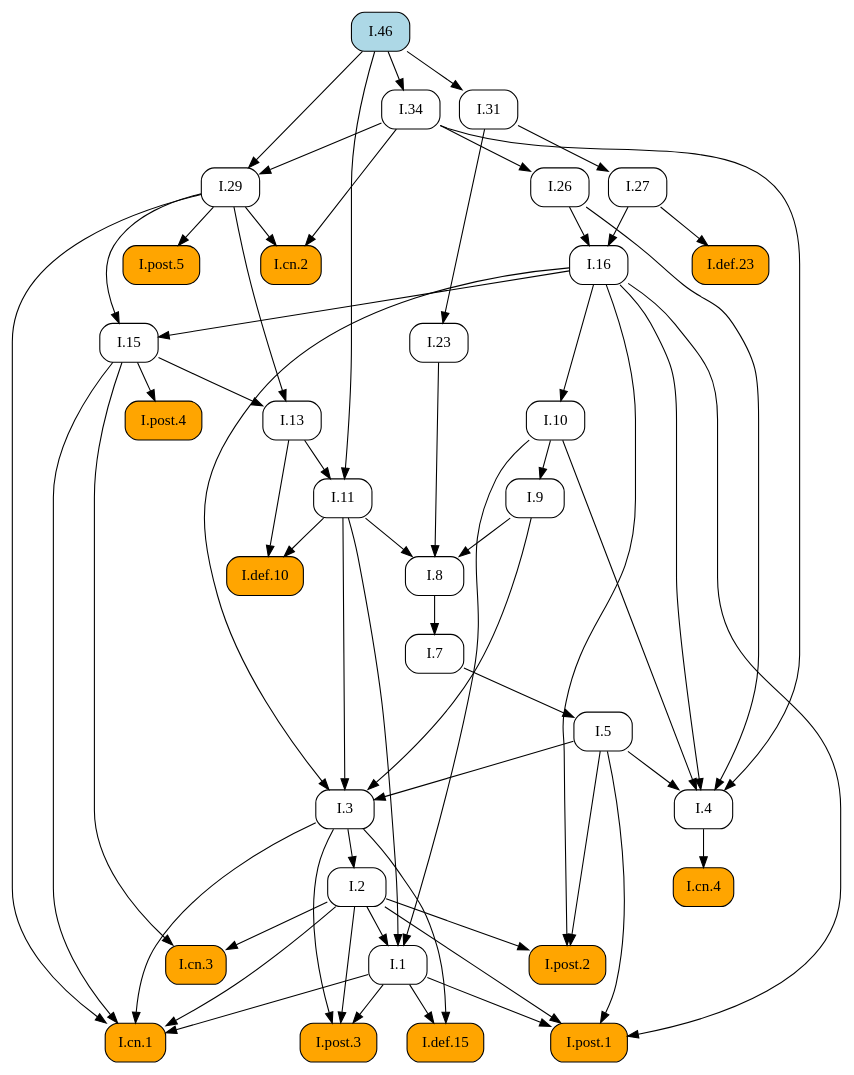
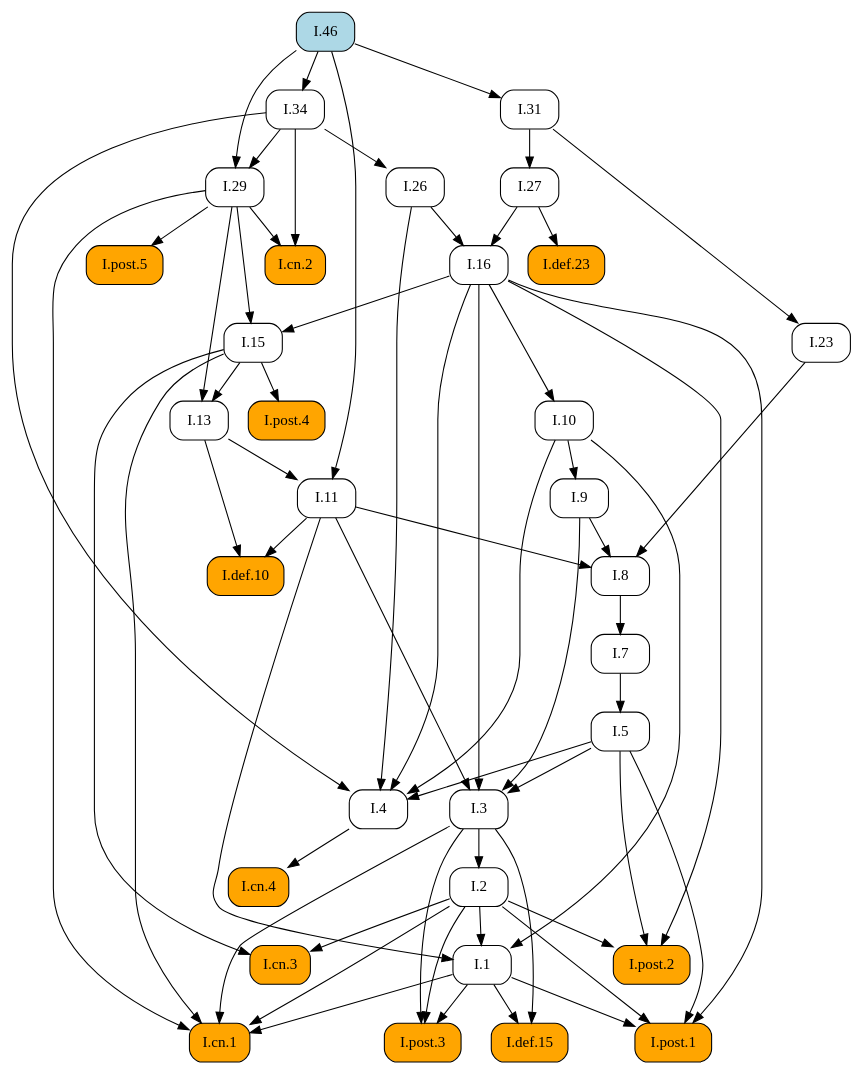
The diagram in docsrc/heath/I/46/index.rst (geometor/elements), drawn with Graphviz before and after one commit. The commit also changed other lines of this file and 1029 other files, not shown here.

```diff
--- a/docsrc/heath/I/46/index.rst
+++ b/docsrc/heath/I/46/index.rst
@@ -65,98 +65,98 @@
    digraph {
      rankdir="TB";
      node [shape=box, style=rounded];
+     "I.def.10" [style="rounded,filled", fillcolor=orange, URL="/heath/I/def.10/", target="_top"];
+     "I.11" [URL="/heath/I/11/", target="_top"];
+     "I.post.4" [style="rounded,filled", fillcolor=orange, URL="/heath/I/post.4/", target="_top"];
+     "I.1" [URL="/heath/I/1/", target="_top"];
+     "I.27" [URL="/heath/I/27/", target="_top"];
+     "I.46" [style="rounded,filled", fillcolor=lightblue, URL="/heath/I/46/", target="_top"];
+     "I.26" [URL="/heath/I/26/", target="_top"];
+     "I.7" [URL="/heath/I/7/", target="_top"];
+     "I.34" [URL="/heath/I/34/", target="_top"];
+     "I.3" [URL="/heath/I/3/", target="_top"];
+     "I.2" [URL="/heath/I/2/", target="_top"];
+     "I.4" [URL="/heath/I/4/", target="_top"];
+     "I.def.23" [style="rounded,filled", fillcolor=orange, URL="/heath/I/def.23/", target="_top"];
+     "I.29" [URL="/heath/I/29/", target="_top"];
      "I.13" [URL="/heath/I/13/", target="_top"];
+     "I.cn.2" [style="rounded,filled", fillcolor=orange, URL="/heath/I/cn.2/", target="_top"];
+     "I.31" [URL="/heath/I/31/", target="_top"];
+     "I.post.2" [style="rounded,filled", fillcolor=orange, URL="/heath/I/post.2/", target="_top"];
+     "I.16" [URL="/heath/I/16/", target="_top"];
+     "I.def.15" [style="rounded,filled", fillcolor=orange, URL="/heath/I/def.15/", target="_top"];
+     "I.9" [URL="/heath/I/9/", target="_top"];
+     "I.post.3" [style="rounded,filled", fillcolor=orange, URL="/heath/I/post.3/", target="_top"];
+     "I.cn.1" [style="rounded,filled", fillcolor=orange, URL="/heath/I/cn.1/", target="_top"];
      "I.cn.3" [style="rounded,filled", fillcolor=orange, URL="/heath/I/cn.3/", target="_top"];
-     "I.cn.2" [style="rounded,filled", fillcolor=orange, URL="/heath/I/cn.2/", target="_top"];
+     "I.8" [URL="/heath/I/8/", target="_top"];
+     "I.cn.4" [style="rounded,filled", fillcolor=orange, URL="/heath/I/cn.4/", target="_top"];
+     "I.23" [URL="/heath/I/23/", target="_top"];
+     "I.15" [URL="/heath/I/15/", target="_top"];
+     "I.post.5" [style="rounded,filled", fillcolor=orange, URL="/heath/I/post.5/", target="_top"];
+     "I.post.1" [style="rounded,filled", fillcolor=orange, URL="/heath/I/post.1/", target="_top"];
+     "I.10" [URL="/heath/I/10/", target="_top"];
      "I.5" [URL="/heath/I/5/", target="_top"];
-     "I.11" [URL="/heath/I/11/", target="_top"];
-     "I.29" [URL="/heath/I/29/", target="_top"];
-     "I.7" [URL="/heath/I/7/", target="_top"];
-     "I.10" [URL="/heath/I/10/", target="_top"];
-     "I.4" [URL="/heath/I/4/", target="_top"];
-     "I.27" [URL="/heath/I/27/", target="_top"];
-     "I.def.23" [style="rounded,filled", fillcolor=orange, URL="/heath/I/def.23/", target="_top"];
-     "I.3" [URL="/heath/I/3/", target="_top"];
-     "I.16" [URL="/heath/I/16/", target="_top"];
-     "I.34" [URL="/heath/I/34/", target="_top"];
-     "I.31" [URL="/heath/I/31/", target="_top"];
-     "I.8" [URL="/heath/I/8/", target="_top"];
-     "I.9" [URL="/heath/I/9/", target="_top"];
-     "I.def.10" [style="rounded,filled", fillcolor=orange, URL="/heath/I/def.10/", target="_top"];
-     "I.46" [style="rounded,filled", fillcolor=lightblue, URL="/heath/I/46/", target="_top"];
-     "I.post.4" [style="rounded,filled", fillcolor=orange, URL="/heath/I/post.4/", target="_top"];
-     "I.post.2" [style="rounded,filled", fillcolor=orange, URL="/heath/I/post.2/", target="_top"];
-     "I.2" [URL="/heath/I/2/", target="_top"];
-     "I.def.15" [style="rounded,filled", fillcolor=orange, URL="/heath/I/def.15/", target="_top"];
-     "I.1" [URL="/heath/I/1/", target="_top"];
-     "I.post.3" [style="rounded,filled", fillcolor=orange, URL="/heath/I/post.3/", target="_top"];
-     "I.post.1" [style="rounded,filled", fillcolor=orange, URL="/heath/I/post.1/", target="_top"];
-     "I.post.5" [style="rounded,filled", fillcolor=orange, URL="/heath/I/post.5/", target="_top"];
-     "I.cn.4" [style="rounded,filled", fillcolor=orange, URL="/heath/I/cn.4/", target="_top"];
-     "I.26" [URL="/heath/I/26/", target="_top"];
-     "I.15" [URL="/heath/I/15/", target="_top"];
-     "I.cn.1" [style="rounded,filled", fillcolor=orange, URL="/heath/I/cn.1/", target="_top"];
-     "I.23" [URL="/heath/I/23/", target="_top"];
-     "I.15" -> "I.13";
-     "I.29" -> "I.13";
-     "I.2" -> "I.cn.3";
-     "I.15" -> "I.cn.3";
-     "I.29" -> "I.cn.2";
-     "I.34" -> "I.cn.2";
-     "I.7" -> "I.5";
+     "I.11" -> "I.def.10";
+     "I.13" -> "I.def.10";
      "I.13" -> "I.11";
      "I.46" -> "I.11";
-     "I.34" -> "I.29";
-     "I.46" -> "I.29";
+     "I.15" -> "I.post.4";
+     "I.2" -> "I.1";
+     "I.10" -> "I.1";
+     "I.11" -> "I.1";
+     "I.31" -> "I.27";
+     "I.34" -> "I.26";
      "I.8" -> "I.7";
-     "I.16" -> "I.10";
+     "I.46" -> "I.34";
+     "I.5" -> "I.3";
+     "I.9" -> "I.3";
+     "I.11" -> "I.3";
+     "I.16" -> "I.3";
+     "I.3" -> "I.2";
      "I.5" -> "I.4";
      "I.10" -> "I.4";
      "I.16" -> "I.4";
      "I.26" -> "I.4";
      "I.34" -> "I.4";
-     "I.31" -> "I.27";
      "I.27" -> "I.def.23";
-     "I.5" -> "I.3";
-     "I.9" -> "I.3";
-     "I.11" -> "I.3";
-     "I.16" -> "I.3";
-     "I.26" -> "I.16";
-     "I.27" -> "I.16";
-     "I.46" -> "I.34";
+     "I.34" -> "I.29";
+     "I.46" -> "I.29";
+     "I.15" -> "I.13";
+     "I.29" -> "I.13";
+     "I.29" -> "I.cn.2";
+     "I.34" -> "I.cn.2";
      "I.46" -> "I.31";
-     "I.9" -> "I.8";
-     "I.11" -> "I.8";
-     "I.23" -> "I.8";
-     "I.10" -> "I.9";
-     "I.11" -> "I.def.10";
-     "I.13" -> "I.def.10";
-     "I.15" -> "I.post.4";
      "I.2" -> "I.post.2";
      "I.5" -> "I.post.2";
      "I.16" -> "I.post.2";
-     "I.3" -> "I.2";
+     "I.26" -> "I.16";
+     "I.27" -> "I.16";
      "I.1" -> "I.def.15";
      "I.3" -> "I.def.15";
-     "I.2" -> "I.1";
-     "I.10" -> "I.1";
-     "I.11" -> "I.1";
+     "I.10" -> "I.9";
      "I.1" -> "I.post.3";
      "I.2" -> "I.post.3";
      "I.3" -> "I.post.3";
-     "I.1" -> "I.post.1";
-     "I.2" -> "I.post.1";
-     "I.5" -> "I.post.1";
-     "I.16" -> "I.post.1";
-     "I.29" -> "I.post.5";
-     "I.4" -> "I.cn.4";
-     "I.34" -> "I.26";
-     "I.16" -> "I.15";
-     "I.29" -> "I.15";
      "I.1" -> "I.cn.1";
      "I.2" -> "I.cn.1";
      "I.3" -> "I.cn.1";
      "I.15" -> "I.cn.1";
      "I.29" -> "I.cn.1";
+     "I.2" -> "I.cn.3";
+     "I.15" -> "I.cn.3";
+     "I.9" -> "I.8";
+     "I.11" -> "I.8";
+     "I.23" -> "I.8";
+     "I.4" -> "I.cn.4";
      "I.31" -> "I.23";
+     "I.16" -> "I.15";
+     "I.29" -> "I.15";
+     "I.29" -> "I.post.5";
+     "I.1" -> "I.post.1";
+     "I.2" -> "I.post.1";
+     "I.5" -> "I.post.1";
+     "I.16" -> "I.post.1";
+     "I.16" -> "I.10";
+     "I.7" -> "I.5";
    }
```
